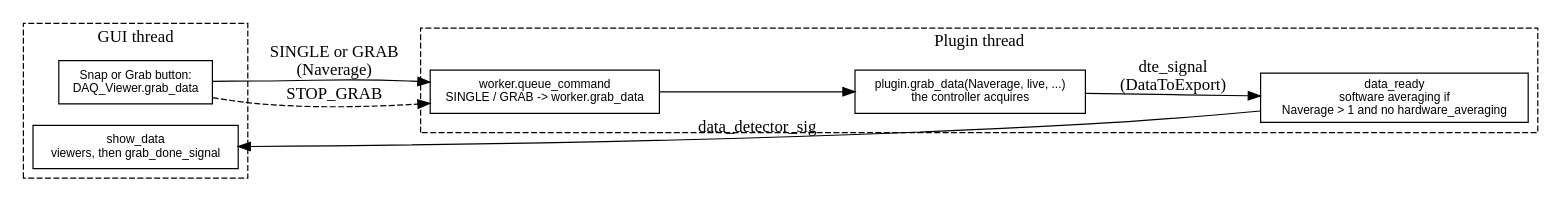
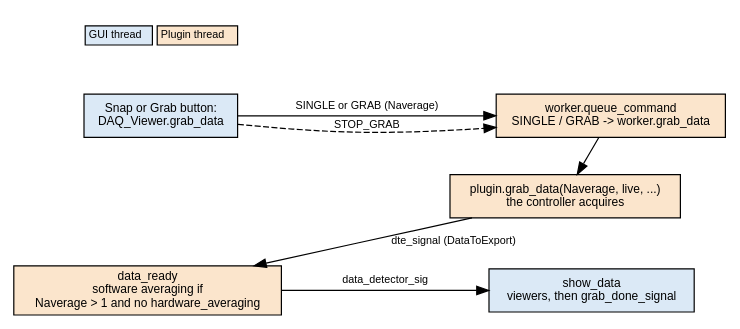
Before and after one commit to PyMoDAQ/PyMoDAQ: the fourth of 4 diagrams in docs/src/developer_folder/plugin_workflow.rst, drawn with Graphviz. The commit also changed other lines of this file, not shown here.

Commit message:
Use the GUI/plugin thread colours in all diagrams of the plugin workflow page
Claude-Session: https://claude.ai/code/session_01Tdiso1u1ZhikSutj2Qs5Cg

```diff
--- a/docs/src/developer_folder/plugin_workflow.rst
+++ b/docs/src/developer_folder/plugin_workflow.rst
@@ -141,18 +143,25 @@
 .. graphviz::
    :caption: ``grab_data`` of a ``DAQ_Viewer``
 
    digraph grab {
-     rankdir=LR; node [shape=box, fontname="Helvetica", fontsize=10];
-     subgraph cluster_gui { label="GUI thread"; style=dashed;
+     rankdir=TB; nodesep=1.2; ranksep=0.4;
+     node [shape=box, style=filled, fontname="Helvetica", fontsize=10];
+     edge [fontname="Helvetica", fontsize=9];
+     key [shape=plaintext, style=solid, fontsize=9, label=<<table border="0" cellborder="1" cellspacing="4"><tr><td bgcolor="#dbe9f6">GUI thread</td><td bgcolor="#fbe5cc">Plugin thread</td></tr></table>>];
+     { node [fillcolor="#dbe9f6"];
        u [label="Snap or Grab button:\nDAQ_Viewer.grab_data"];
        sd [label="show_data\nviewers, then grab_done_signal"]; }
-     subgraph cluster_pl { label="Plugin thread"; style=dashed;
+     { node [fillcolor="#fbe5cc"];
        q [label="worker.queue_command\nSINGLE / GRAB -> worker.grab_data"];
        g [label="plugin.grab_data(Naverage, live, ...)\nthe controller acquires"];
        r [label="data_ready\nsoftware averaging if\nNaverage > 1 and no hardware_averaging"]; }
-     u -> q [label="SINGLE or GRAB\n(Naverage)"];
+     key -> u [style=invis];
+     {rank=same; u; q}
+     {rank=same; sd; r}
+     u -> q [label=" SINGLE or GRAB (Naverage)"];
+     u -> q [label=" STOP_GRAB ", style=dashed];
      q -> g;
-     g -> r [label="dte_signal\n(DataToExport)"];
-     r -> sd [label="data_detector_sig"];
-     u -> q [label="STOP_GRAB", style=dashed];
+     g -> r [label=" dte_signal (DataToExport)"];
+     r -> sd [label=" data_detector_sig "];
+     u -> sd [style=invis];
    }
```
